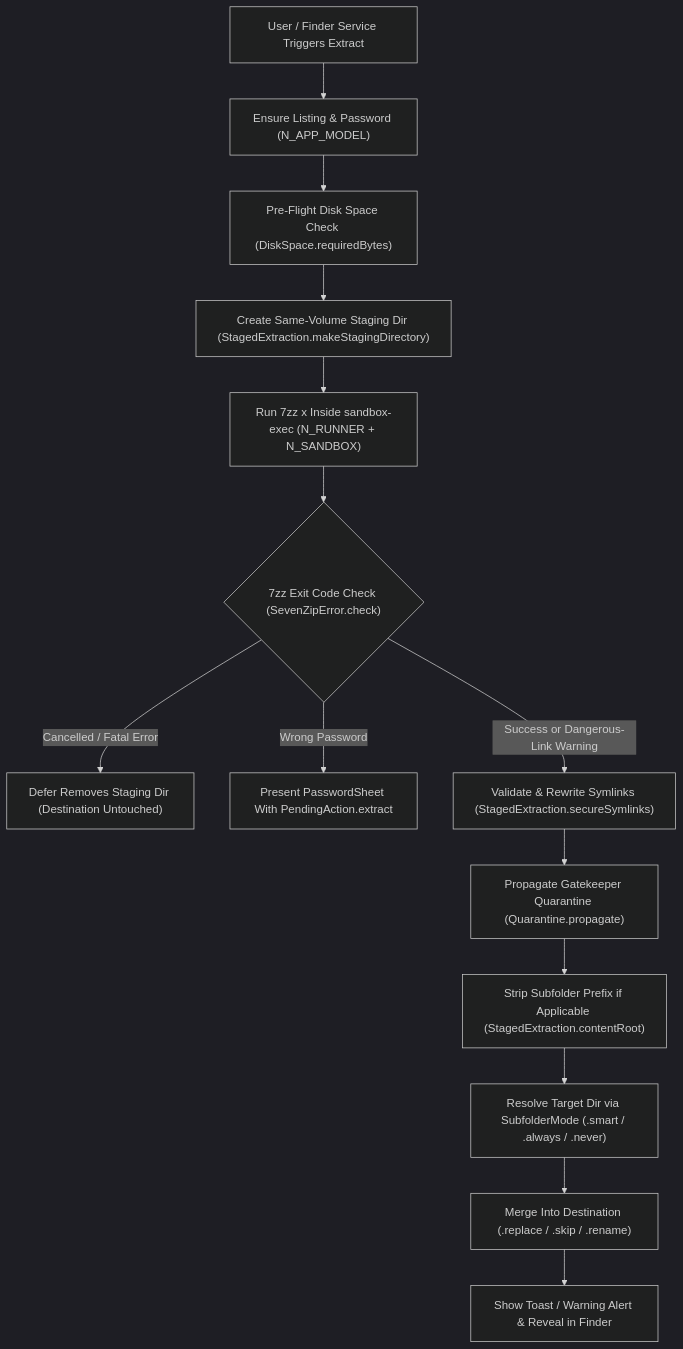
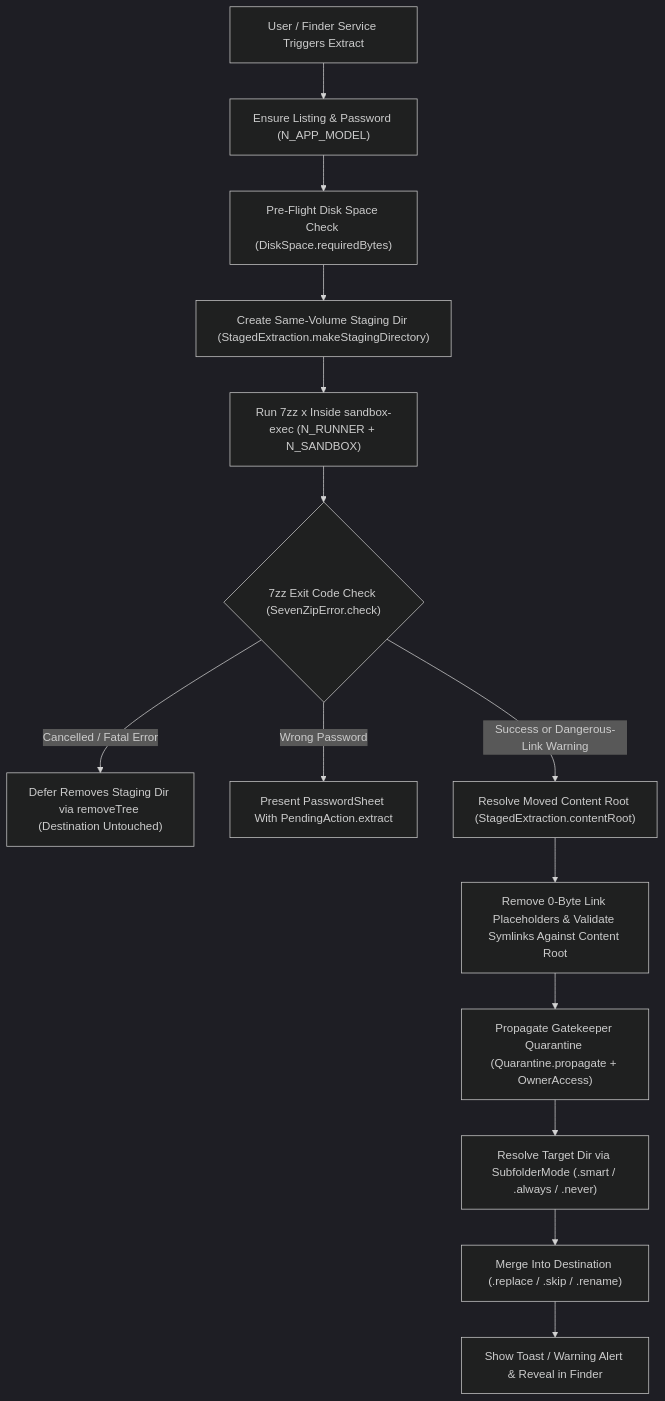
One commit to berkbb/arhivar-mac-universal changed the first of 2 diagrams in .agents/context/symbolic_memory_graph.md. Above: the diagram before and after it, drawn with Mermaid (dark theme). The commit also changed other lines of this file and 3 other files, not shown here.

````diff
--- a/.agents/context/symbolic_memory_graph.md
+++ b/.agents/context/symbolic_memory_graph.md
@@ -28,16 +28,16 @@
 ```mermaid
 flowchart TD
     A["User / Finder Service Triggers Extract"] --> B["Ensure Listing & Password (N_APP_MODEL)"]
     B --> C["Pre-Flight Disk Space Check (DiskSpace.requiredBytes)"]
     C --> D["Create Same-Volume Staging Dir (StagedExtraction.makeStagingDirectory)"]
     D --> E["Run 7zz x Inside sandbox-exec (N_RUNNER + N_SANDBOX)"]
     E --> F{"7zz Exit Code Check (SevenZipError.check)"}
-    F -- "Cancelled / Fatal Error" --> G["Defer Removes Staging Dir (Destination Untouched)"]
+    F -- "Cancelled / Fatal Error" --> G["Defer Removes Staging Dir via removeTree (Destination Untouched)"]
     F -- "Wrong Password" --> H["Present PasswordSheet With PendingAction.extract"]
-    F -- "Success or Dangerous-Link Warning" --> I["Validate & Rewrite Symlinks (StagedExtraction.secureSymlinks)"]
-    I --> J["Propagate Gatekeeper Quarantine (Quarantine.propagate)"]
-    J --> K["Strip Subfolder Prefix if Applicable (StagedExtraction.contentRoot)"]
+    F -- "Success or Dangerous-Link Warning" --> I["Resolve Moved Content Root (StagedExtraction.contentRoot)"]
+    I --> J["Remove 0-Byte Link Placeholders & Validate Symlinks Against Content Root"]
+    J --> K["Propagate Gatekeeper Quarantine (Quarantine.propagate + OwnerAccess)"]
     K --> L["Resolve Target Dir via SubfolderMode (.smart / .always / .never)"]
     L --> M["Merge Into Destination (.replace / .skip / .rename)"]
     M --> N["Show Toast / Warning Alert & Reveal in Finder"]
 ```
````
